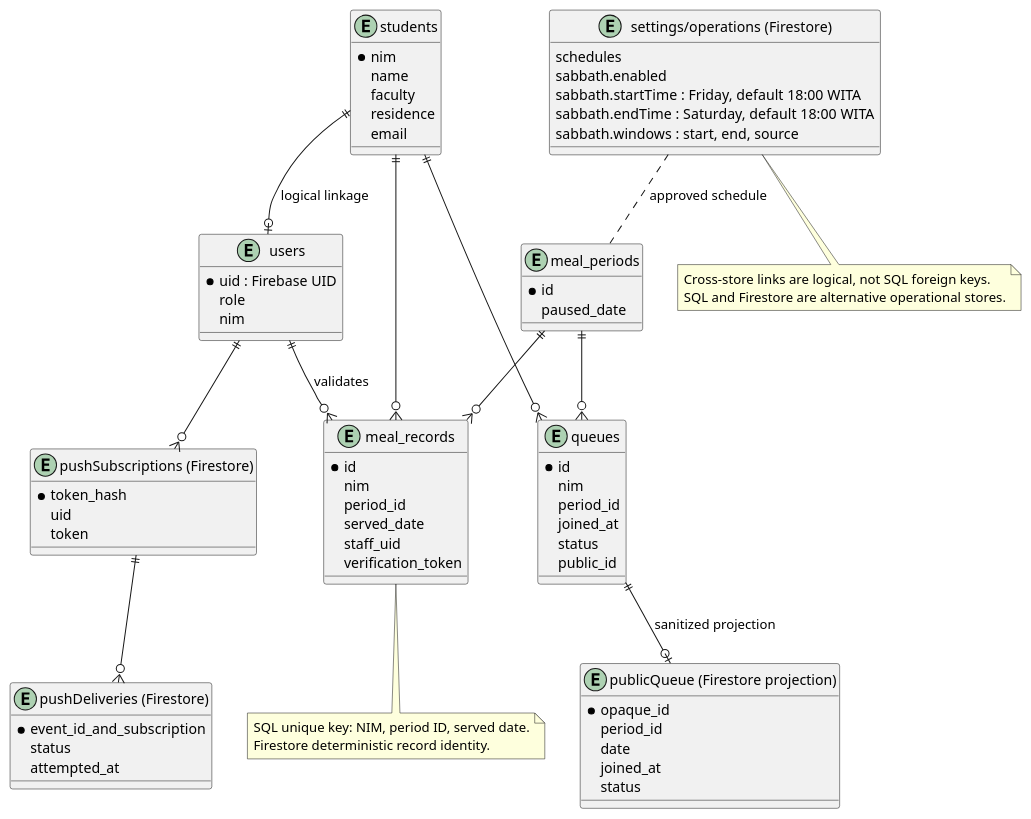
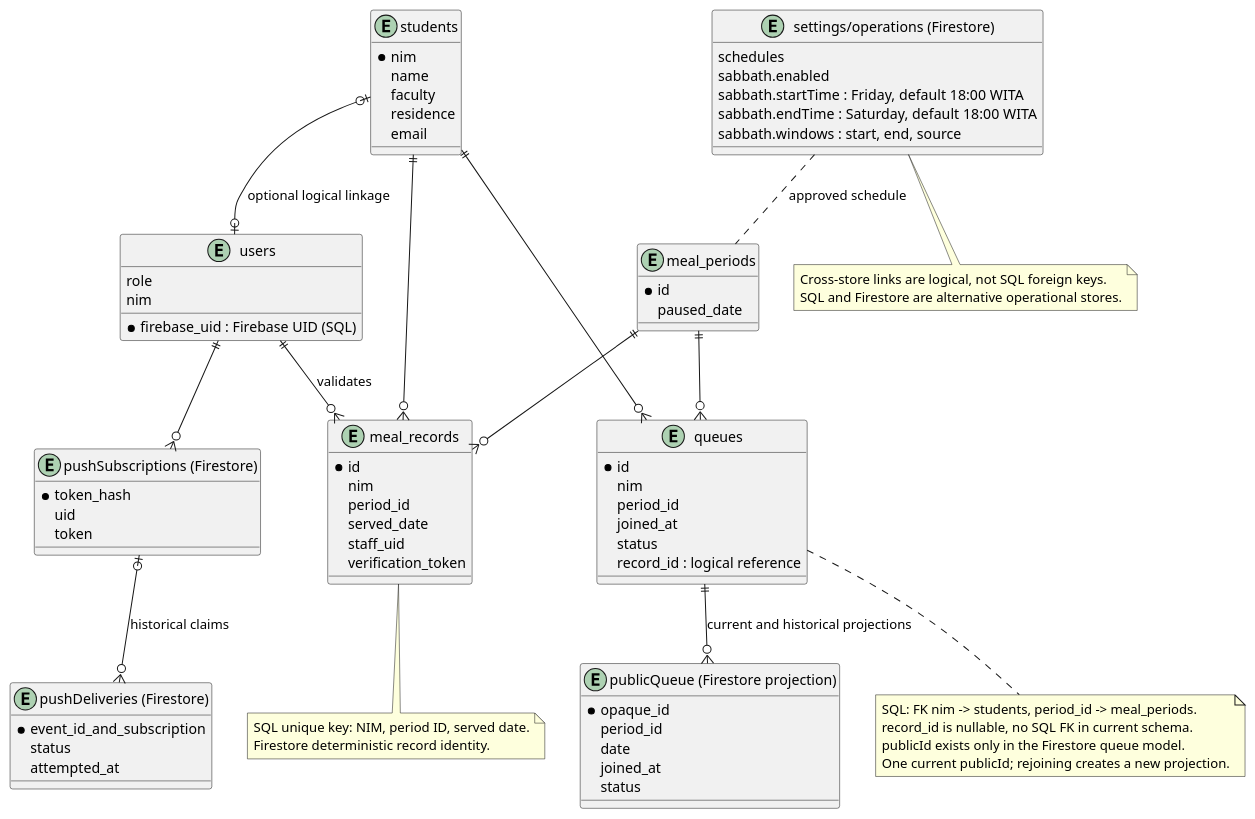
One commit to deedisini/santap-react changed the diagram in docs/models/SANTAP_V1_2_ERD.puml. Above: the diagram before and after it, drawn with PlantUML. The commit also changed 87 other files, not shown here.

```diff
--- a/docs/models/SANTAP_V1_2_ERD.puml
+++ b/docs/models/SANTAP_V1_2_ERD.puml
@@ -1,76 +1,82 @@
 @startuml
 entity users {
-  * uid : Firebase UID
+  * firebase_uid : Firebase UID (SQL)
   role
   nim
 }
 entity students {
   * nim
   name
   faculty
   residence
   email
 }
 entity meal_periods {
   * id
   paused_date
 }
 entity queues {
   * id
   nim
   period_id
   joined_at
   status
-  public_id
+  record_id : logical reference
 }
 entity meal_records {
   * id
   nim
   period_id
   served_date
   staff_uid
   verification_token
 }
 entity "settings/operations (Firestore)" as settings {
   schedules
   sabbath.enabled
   sabbath.startTime : Friday, default 18:00 WITA
   sabbath.endTime : Saturday, default 18:00 WITA
   sabbath.windows : start, end, source
 }
 entity "publicQueue (Firestore projection)" as public_queue {
   * opaque_id
   period_id
   date
   joined_at
   status
 }
 entity "pushSubscriptions (Firestore)" as subscriptions {
   * token_hash
   uid
   token
 }
 entity "pushDeliveries (Firestore)" as deliveries {
   * event_id_and_subscription
   status
   attempted_at
 }
-students ||--o| users : logical linkage
+students |o--o| users : optional logical linkage
 students ||--o{ queues
 students ||--o{ meal_records
 meal_periods ||--o{ queues
 meal_periods ||--o{ meal_records
 users ||--o{ meal_records : validates
 users ||--o{ subscriptions
-subscriptions ||--o{ deliveries
-queues ||--o| public_queue : sanitized projection
+subscriptions |o--o{ deliveries : historical claims
+queues ||--o{ public_queue : current and historical projections
 settings .. meal_periods : approved schedule
 note bottom of meal_records
   SQL unique key: NIM, period ID, served date.
   Firestore deterministic record identity.
+end note
+note bottom of queues
+  SQL: FK nim -> students, period_id -> meal_periods.
+  record_id is nullable, no SQL FK in current schema.
+  publicId exists only in the Firestore queue model.
+  One current publicId; rejoining creates a new projection.
 end note
 note bottom of settings
   Cross-store links are logical, not SQL foreign keys.
   SQL and Firestore are alternative operational stores.
 end note
 @enduml
```
